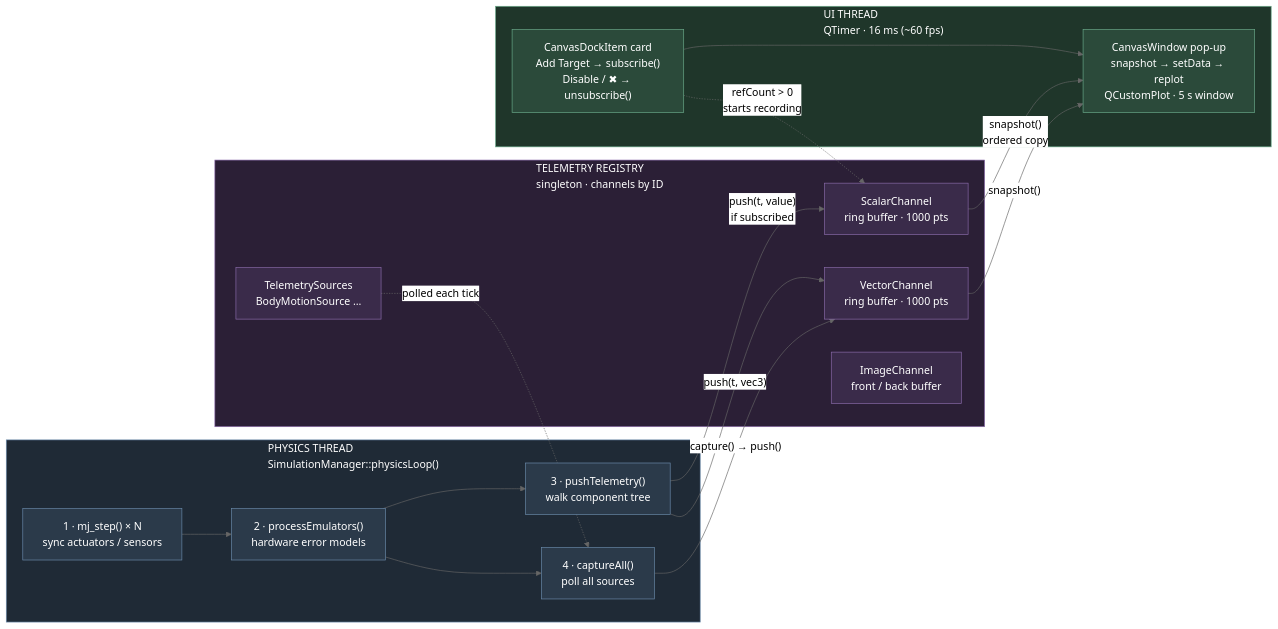
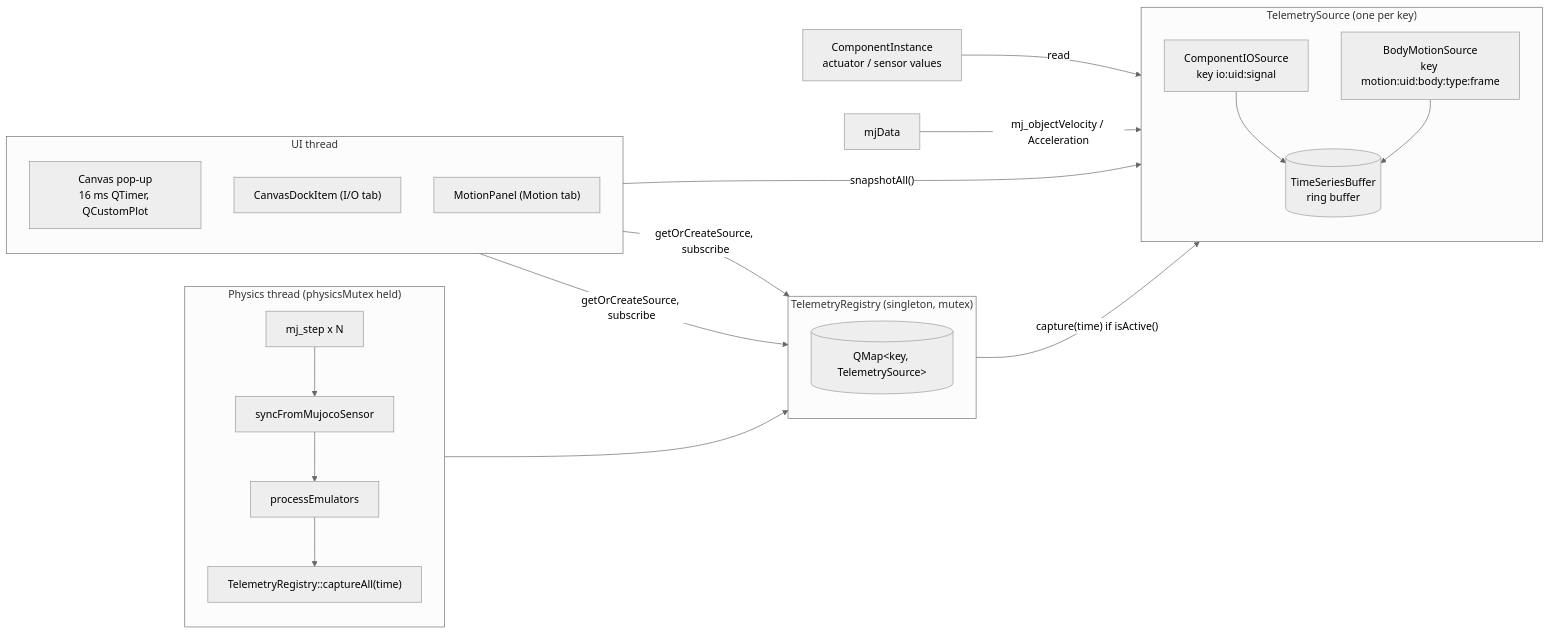
One commit to alfaiajanon/RoboticsStudio changed the diagram in docs/telemetry.md. Above: the diagram before and after it, drawn with Mermaid (neutral theme). The commit also changed other lines of this file and 9 other files, not shown here.

````diff
--- a/docs/telemetry.md
+++ b/docs/telemetry.md
@@ -133,45 +5,36 @@
 ```mermaid
 flowchart LR
-    subgraph PT["PHYSICS THREAD<br/>SimulationManager::physicsLoop()"]
-        STEP["1 · mj_step() × N<br/>sync actuators / sensors"]
-        EMU["2 · processEmulators()<br/>hardware error models"]
-        PUSH["3 · pushTelemetry()<br/>walk component tree"]
-        CAP["4 · captureAll()<br/>poll all sources"]
-        STEP --> EMU
-        EMU --> PUSH
-        EMU --> CAP
+    subgraph PHY["Physics thread (physicsMutex held)"]
+        direction TB
+        STEP["mj_step x N"] --> SYNC["syncFromMujocoSensor"] --> EMU["processEmulators"] --> CAP["TelemetryRegistry::captureAll(time)"]
     end
 
-    subgraph REG["TELEMETRY REGISTRY<br/>singleton · channels by ID"]
-        SC["ScalarChannel<br/>ring buffer · 1000 pts"]
-        VC["VectorChannel<br/>ring buffer · 1000 pts"]
-        IC["ImageChannel<br/>front / back buffer"]
-        SRC["TelemetrySources<br/>BodyMotionSource …"]
+    subgraph REG["TelemetryRegistry (singleton, mutex)"]
+        direction TB
+        MAP[("QMap&lt;key, TelemetrySource&gt;")]
     end
 
-    subgraph UI["UI THREAD<br/>QTimer · 16 ms (~60 fps)"]
-        CARD["CanvasDockItem card<br/>Add Target → subscribe()<br/>Disable / ✖ → unsubscribe()"]
-        WIN["CanvasWindow pop-up<br/>snapshot → setData → replot<br/>QCustomPlot · 5 s window"]
-        CARD --> WIN
+    subgraph SRC["TelemetrySource (one per key)"]
+        direction TB
+        IO["ComponentIOSource<br/>key io:uid:signal"]
+        BM["BodyMotionSource<br/>key motion:uid:body:type:frame"]
+        BUF[("TimeSeriesBuffer<br/>ring buffer")]
+        IO --> BUF
+        BM --> BUF
     end
 
-    PUSH -- "push(t, value)<br/>if subscribed" --> SC
-    PUSH -- "push(t, vec3)" --> VC
-    CAP -- "capture() → push()" --> VC
-    SRC -. "polled each tick" .-> CAP
-    SC -- "snapshot()<br/>ordered copy" --> WIN
-    VC -- "snapshot()" --> WIN
-    CARD -. "refCount &gt; 0<br/>starts recording" .-> SC
+    subgraph UI["UI thread"]
+        direction TB
+        CAN["Canvas pop-up<br/>16 ms QTimer, QCustomPlot"]
+        DOCK["CanvasDockItem (I/O tab)"]
+        MOT["MotionPanel (Motion tab)"]
+    end
 
-    classDef physics fill:#2b3a4a,stroke:#6a8aaa,color:#ffffff,stroke-width:1px
-    classDef registry fill:#3a2b4a,stroke:#8a6aaa,color:#ffffff,stroke-width:1px
-    classDef ui fill:#2b4a3a,stroke:#6aaa8a,color:#ffffff,stroke-width:1px
-
-    class STEP,EMU,PUSH,CAP physics
-    class SC,VC,IC,SRC registry
-    class CARD,WIN ui
-
-    style PT fill:#1f2a36,stroke:#6a8aaa,color:#ffffff
-    style REG fill:#2b1f36,stroke:#8a6aaa,color:#ffffff
-    style UI fill:#1f362a,stroke:#6aaa8a,color:#ffffff
+    CAP --> MAP
+    MAP -->|"capture(time) if isActive()"| SRC
+    COMP["ComponentInstance<br/>actuator / sensor values"] -->|"read"| IO
+    MJ["mjData"] -->|"mj_objectVelocity / Acceleration"| BM
+    DOCK -->|"getOrCreateSource, subscribe"| MAP
+    MOT -->|"getOrCreateSource, subscribe"| MAP
+    CAN -->|"snapshotAll()"| BUF
 ```
````
